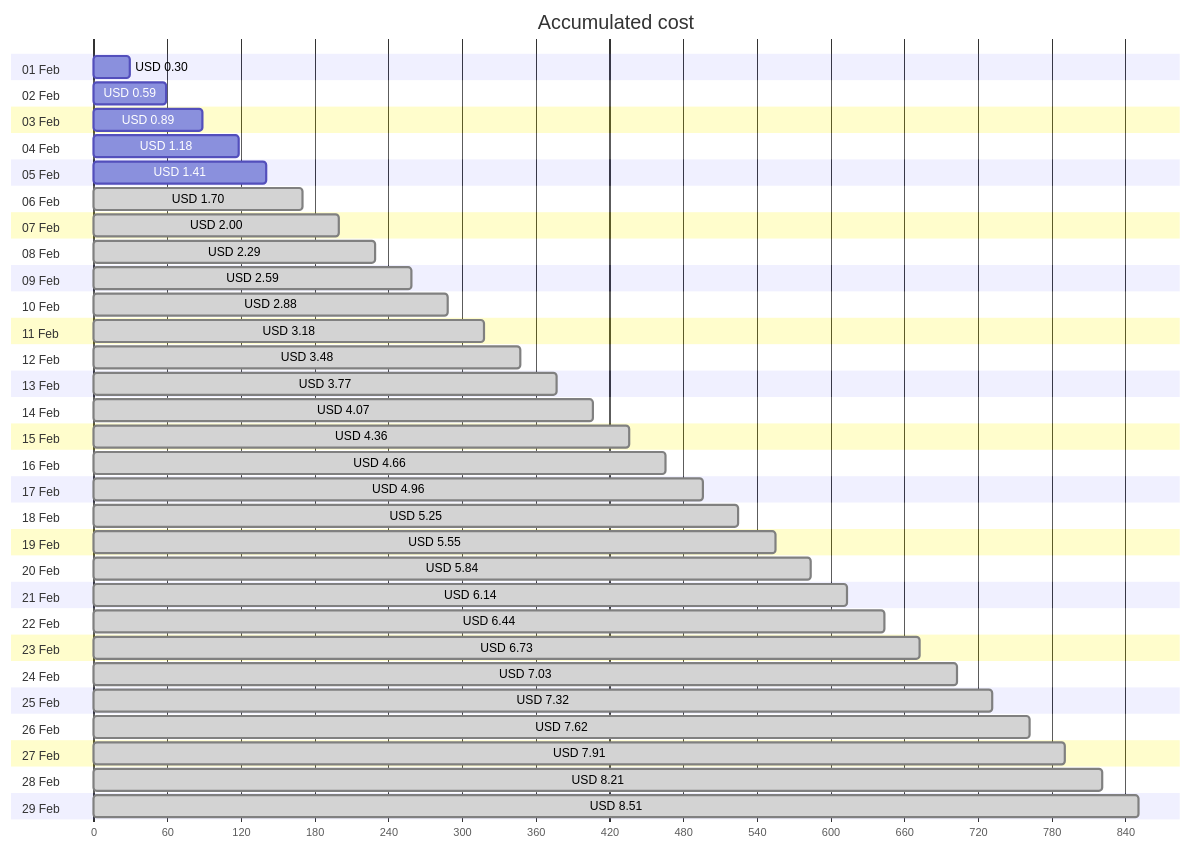
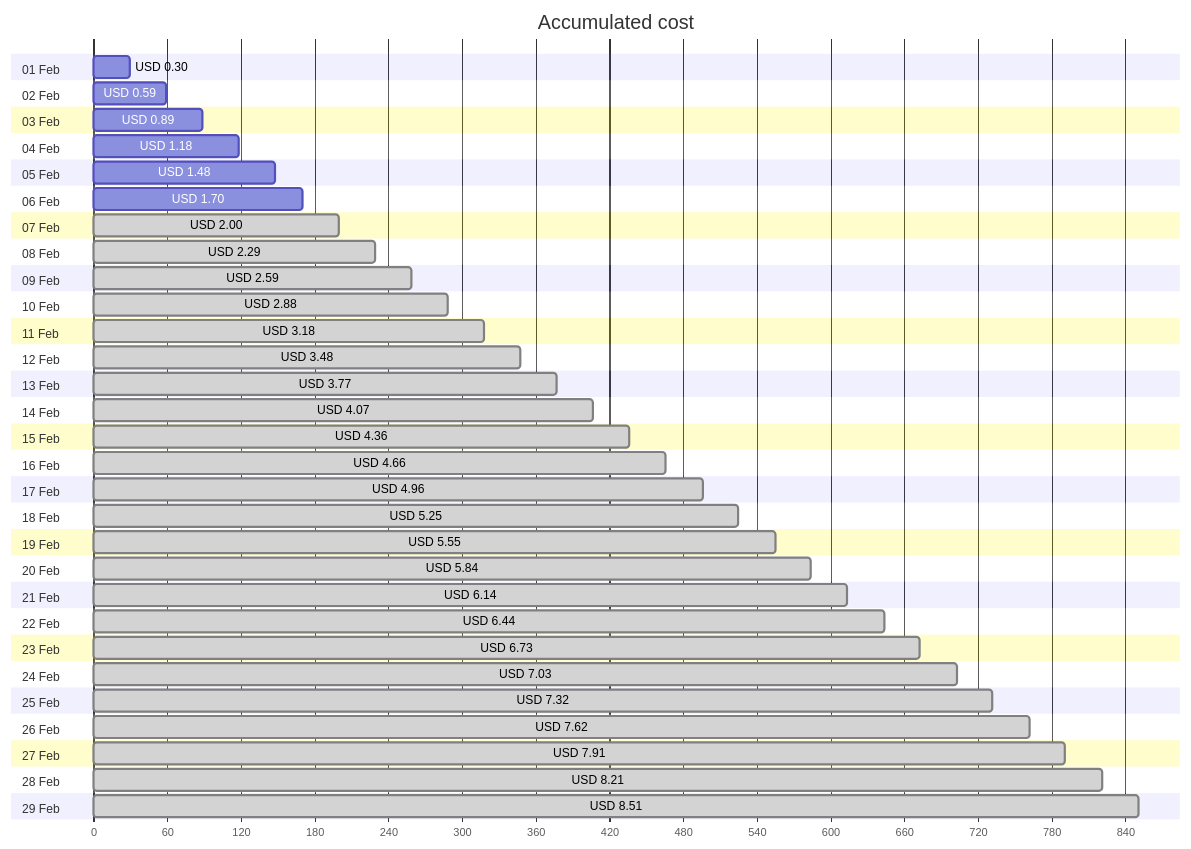
Before and after one commit to jpfulton/azure-personal-reports: the first of 4 diagrams in cost-reports/personal-site/personal-site-preview.md, drawn with Mermaid. The commit also changed other lines of this file and 7 other files, not shown here.

````diff
--- a/cost-reports/personal-site/personal-site-preview.md
+++ b/cost-reports/personal-site/personal-site-preview.md
@@ -20,64 +20,64 @@
 ```mermaid
 gantt
    title Accumulated cost
    dateFormat  X
    axisFormat %s
    section 01 Feb
    USD 0.30 :0, 30
    section 02 Feb
    USD 0.59 :0, 59
    section 03 Feb
    USD 0.89 :0, 89
    section 04 Feb
    USD 1.18 :0, 118
    section 05 Feb
-   USD 1.41 :0, 141
+   USD 1.48 :0, 148
    section 06 Feb
-   USD 1.70 : done, 0, 170
+   USD 1.70 :0, 170
    section 07 Feb
    USD 2.00 : done, 0, 200
    section 08 Feb
    USD 2.29 : done, 0, 229
    section 09 Feb
    USD 2.59 : done, 0, 259
    section 10 Feb
    USD 2.88 : done, 0, 288
    section 11 Feb
    USD 3.18 : done, 0, 318
    section 12 Feb
    USD 3.48 : done, 0, 348
    section 13 Feb
    USD 3.77 : done, 0, 377
    section 14 Feb
    USD 4.07 : done, 0, 407
    section 15 Feb
    USD 4.36 : done, 0, 436
    section 16 Feb
    USD 4.66 : done, 0, 466
    section 17 Feb
    USD 4.96 : done, 0, 496
    section 18 Feb
    USD 5.25 : done, 0, 525
    section 19 Feb
    USD 5.55 : done, 0, 555
    section 20 Feb
    USD 5.84 : done, 0, 584
    section 21 Feb
    USD 6.14 : done, 0, 614
    section 22 Feb
    USD 6.44 : done, 0, 644
    section 23 Feb
    USD 6.73 : done, 0, 673
    section 24 Feb
    USD 7.03 : done, 0, 703
    section 25 Feb
    USD 7.32 : done, 0, 732
    section 26 Feb
    USD 7.62 : done, 0, 762
    section 27 Feb
    USD 7.91 : done, 0, 791
    section 28 Feb
    USD 8.21 : done, 0, 821
    section 29 Feb
    USD 8.51 : done, 0, 851
 ```
````
